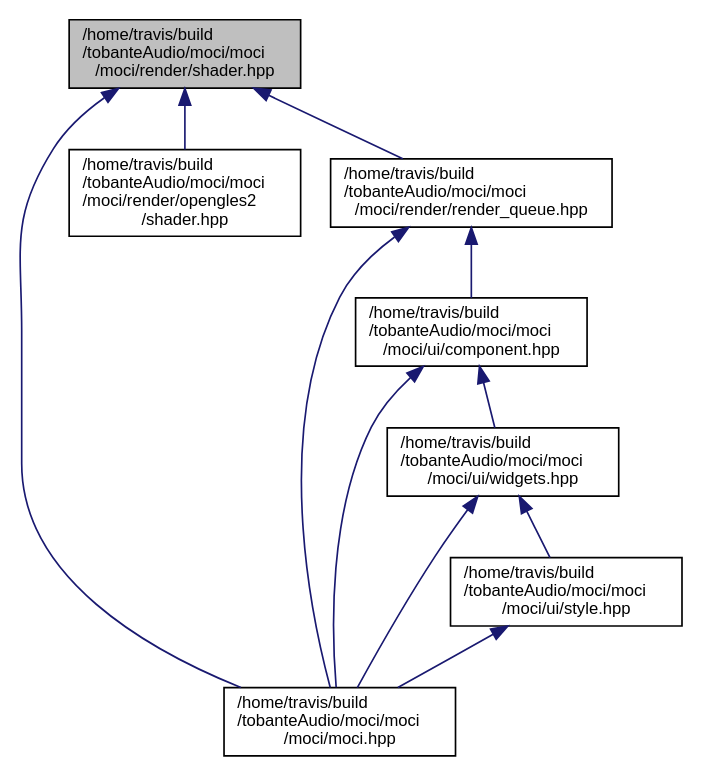
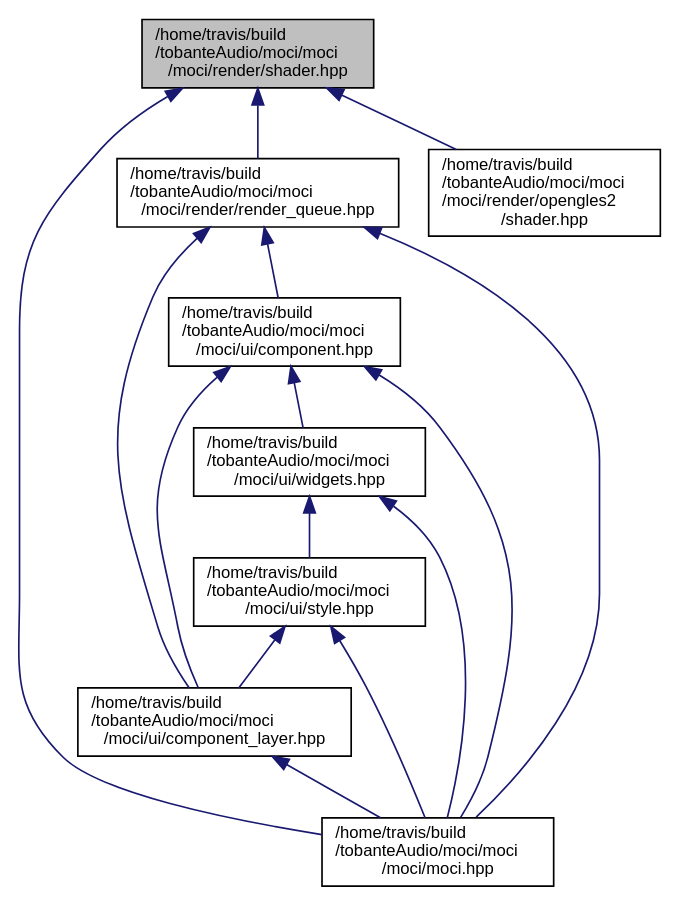
One commit to tobanteAudio/moci changed the diagram in shader_8hpp__dep__incl.dot. Above: the diagram before and after it, drawn with Graphviz. The commit also changed 93 other files, not shown here.

Commit message:
Deploy tobanteAudio/moci to github.com/tobanteAudio/moci.git:gh-pages

```diff
--- a/shader_8hpp__dep__incl.dot
+++ b/shader_8hpp__dep__incl.dot
@@ -1,22 +1,27 @@
 digraph "/home/travis/build/tobanteAudio/moci/moci/moci/render/shader.hpp"
 {
   edge [fontname="Helvetica",fontsize="10",labelfontname="Helvetica",labelfontsize="10"];
   node [fontname="Helvetica",fontsize="10",shape=record];
   Node4 [label="/home/travis/build\l/tobanteAudio/moci/moci\l/moci/render/shader.hpp",height=0.2,width=0.4,color="black", fillcolor="grey75", style="filled", fontcolor="black"];
   Node4 -> Node5 [dir="back",color="midnightblue",fontsize="10",style="solid",fontname="Helvetica"];
   Node5 [label="/home/travis/build\l/tobanteAudio/moci/moci\l/moci/moci.hpp",height=0.2,width=0.4,color="black", fillcolor="white", style="filled",URL="$moci_8hpp.html"];
   Node4 -> Node6 [dir="back",color="midnightblue",fontsize="10",style="solid",fontname="Helvetica"];
   Node6 [label="/home/travis/build\l/tobanteAudio/moci/moci\l/moci/render/opengles2\l/shader.hpp",height=0.2,width=0.4,color="black", fillcolor="white", style="filled",URL="$opengles2_2shader_8hpp.html"];
   Node4 -> Node7 [dir="back",color="midnightblue",fontsize="10",style="solid",fontname="Helvetica"];
   Node7 [label="/home/travis/build\l/tobanteAudio/moci/moci\l/moci/render/render_queue.hpp",height=0.2,width=0.4,color="black", fillcolor="white", style="filled",URL="$render__queue_8hpp.html"];
   Node7 -> Node5 [dir="back",color="midnightblue",fontsize="10",style="solid",fontname="Helvetica"];
   Node7 -> Node8 [dir="back",color="midnightblue",fontsize="10",style="solid",fontname="Helvetica"];
   Node8 [label="/home/travis/build\l/tobanteAudio/moci/moci\l/moci/ui/component.hpp",height=0.2,width=0.4,color="black", fillcolor="white", style="filled",URL="$component_8hpp.html"];
   Node8 -> Node5 [dir="back",color="midnightblue",fontsize="10",style="solid",fontname="Helvetica"];
   Node8 -> Node9 [dir="back",color="midnightblue",fontsize="10",style="solid",fontname="Helvetica"];
-  Node9 [label="/home/travis/build\l/tobanteAudio/moci/moci\l/moci/ui/widgets.hpp",height=0.2,width=0.4,color="black", fillcolor="white", style="filled",URL="$widgets_8hpp.html"];
+  Node9 [label="/home/travis/build\l/tobanteAudio/moci/moci\l/moci/ui/component_layer.hpp",height=0.2,width=0.4,color="black", fillcolor="white", style="filled",URL="$component__layer_8hpp.html"];
   Node9 -> Node5 [dir="back",color="midnightblue",fontsize="10",style="solid",fontname="Helvetica"];
-  Node9 -> Node10 [dir="back",color="midnightblue",fontsize="10",style="solid",fontname="Helvetica"];
-  Node10 [label="/home/travis/build\l/tobanteAudio/moci/moci\l/moci/ui/style.hpp",height=0.2,width=0.4,color="black", fillcolor="white", style="filled",URL="$style_8hpp.html"];
+  Node8 -> Node10 [dir="back",color="midnightblue",fontsize="10",style="solid",fontname="Helvetica"];
+  Node10 [label="/home/travis/build\l/tobanteAudio/moci/moci\l/moci/ui/widgets.hpp",height=0.2,width=0.4,color="black", fillcolor="white", style="filled",URL="$widgets_8hpp.html"];
   Node10 -> Node5 [dir="back",color="midnightblue",fontsize="10",style="solid",fontname="Helvetica"];
+  Node10 -> Node11 [dir="back",color="midnightblue",fontsize="10",style="solid",fontname="Helvetica"];
+  Node11 [label="/home/travis/build\l/tobanteAudio/moci/moci\l/moci/ui/style.hpp",height=0.2,width=0.4,color="black", fillcolor="white", style="filled",URL="$style_8hpp.html"];
+  Node11 -> Node5 [dir="back",color="midnightblue",fontsize="10",style="solid",fontname="Helvetica"];
+  Node11 -> Node9 [dir="back",color="midnightblue",fontsize="10",style="solid",fontname="Helvetica"];
+  Node7 -> Node9 [dir="back",color="midnightblue",fontsize="10",style="solid",fontname="Helvetica"];
 }
```
